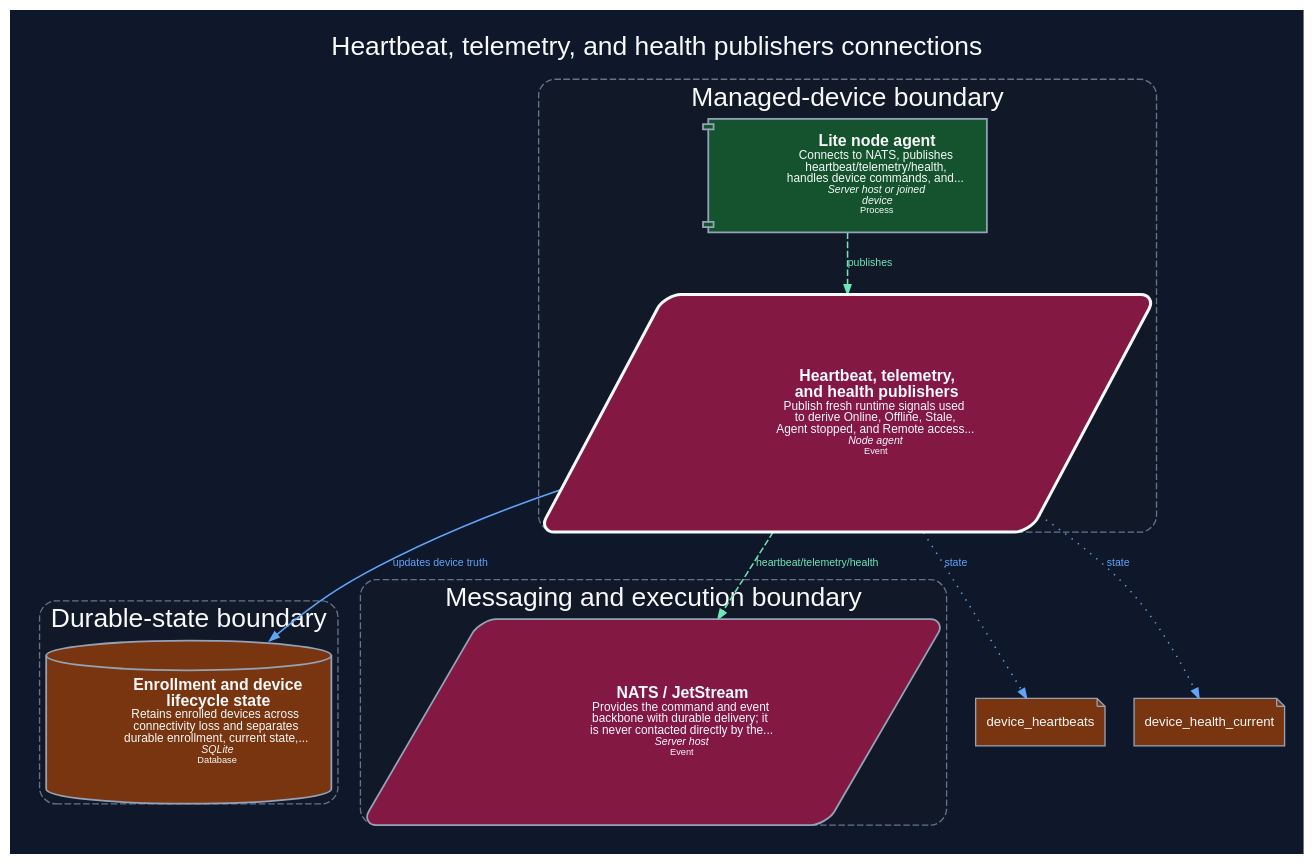
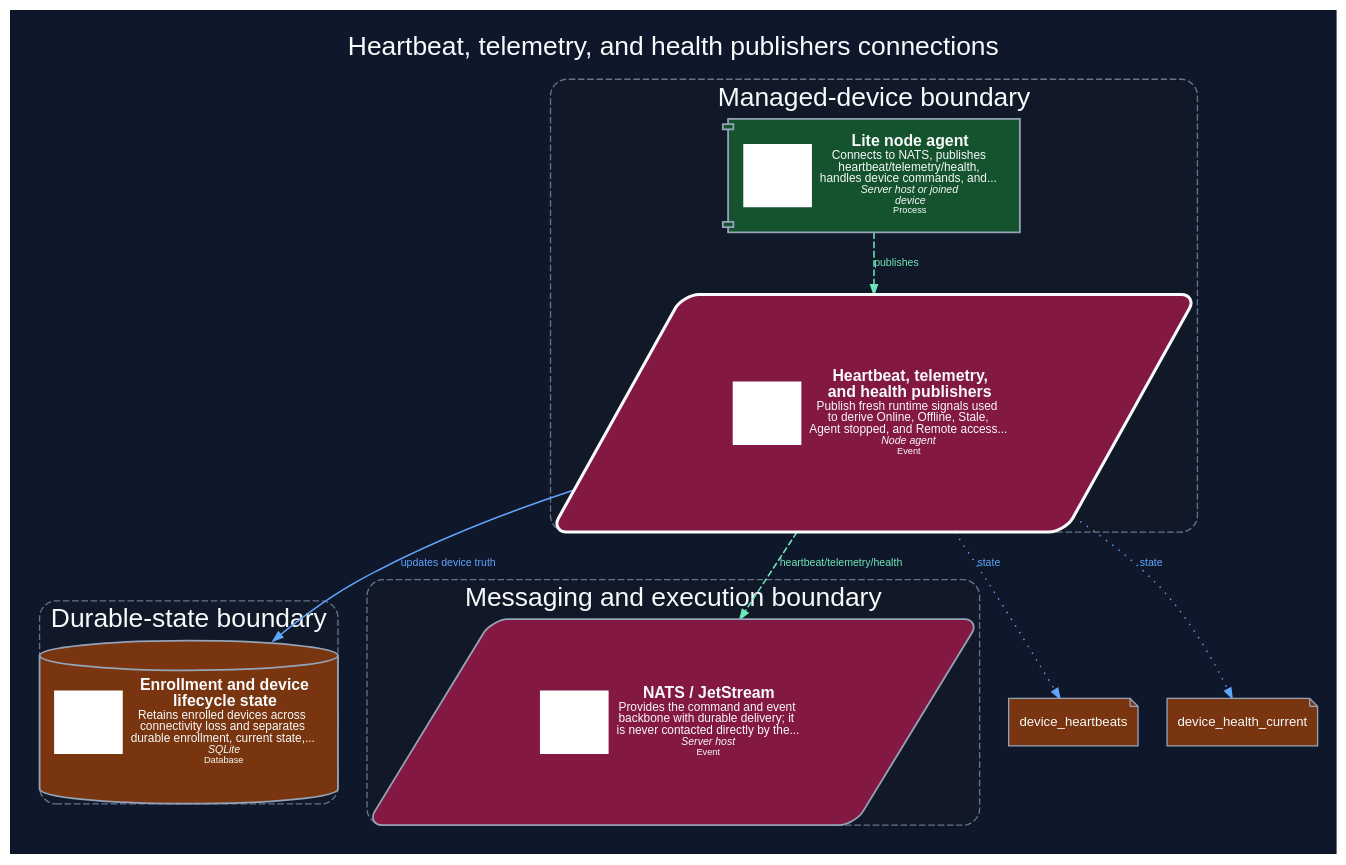
Before and after one commit to dexter-lab-ctrl/pocket-lab-lite: the diagram in docs/assets/diagrams/production/components/agent-signals.dark.dot, drawn with Graphviz. The commit also changed 550 other files, not shown here.

Commit message:
docs: add brand icons and executive architecture poster

```diff
--- a/docs/assets/diagrams/production/components/agent-signals.dark.dot
+++ b/docs/assets/diagrams/production/components/agent-signals.dark.dot
@@ -1,70 +1,70 @@
 digraph component_agent_signals {
   graph [
     rankdir="TB",
     splines="spline",
     compound="true",
     newrank="true",
     nodesep="0.30",
     ranksep="0.52",
     ratio="compress",
     pad="0.20",
     margin="0",
     outputorder="edgesfirst",
     bgcolor="#0f172a",
     fontcolor="#f8fafc",
     fontname="Arial",
     label="Heartbeat, telemetry, and health publishers connections",
     labelloc="t",
     fontsize="20"
   ];
   node [
     fontname="Arial",
     fontsize="10",
     color="#94a3b8",
     fontcolor="#f8fafc",
     margin="0.12,0.08"
   ];
   edge [
     fontname="Arial",
     fontsize="8",
     color="#94a3b8",
     fontcolor="#cbd5e1",
     arrowsize="0.72",
     penwidth="1.15"
   ];
   subgraph "cluster_durable-state" {
     label="Durable-state boundary";
     style="rounded,dashed,filled";
     color="#64748b";
     fillcolor="#111827";
     fontcolor="#f8fafc";
     penwidth="1.0";
-    "device-state" [label=<<TABLE BORDER="0" CELLBORDER="0" CELLPADDING="4"><TR><TD FIXEDSIZE="TRUE" WIDTH="42" HEIGHT="42"> </TD><TD ALIGN="LEFT"><FONT POINT-SIZE="12"><B>Enrollment and device<BR/>lifecycle state</B></FONT><BR/><FONT POINT-SIZE="9">Retains enrolled devices across<BR/>connectivity loss and separates<BR/>durable enrollment, current state,...</FONT><BR/><FONT POINT-SIZE="8"><I>SQLite</I></FONT><BR/><FONT POINT-SIZE="7.5">Database</FONT></TD></TR></TABLE>>, shape="cylinder", style="rounded,filled", fillcolor="#78350f", color="#94a3b8", fontcolor="#f8fafc", penwidth="1.35", tooltip="Enrollment and device lifecycle state. Retains enrolled devices across connectivity loss and separates durable enrollment, current state, health, supervisor state, and recovery history.", URL="../../../../generated/production/architecture/components/device-state/", target="_top"];
+    "device-state" [label=<<TABLE BORDER="0" CELLBORDER="0" CELLPADDING="4"><TR><TD FIXEDSIZE="TRUE" WIDTH="52" HEIGHT="48" BGCOLOR="#FFFFFF"> </TD><TD ALIGN="LEFT"><FONT POINT-SIZE="12"><B>Enrollment and device<BR/>lifecycle state</B></FONT><BR/><FONT POINT-SIZE="9">Retains enrolled devices across<BR/>connectivity loss and separates<BR/>durable enrollment, current state,...</FONT><BR/><FONT POINT-SIZE="8"><I>SQLite</I></FONT><BR/><FONT POINT-SIZE="7.5">Database</FONT></TD></TR></TABLE>>, shape="cylinder", style="rounded,filled", fillcolor="#78350f", color="#94a3b8", fontcolor="#f8fafc", penwidth="1.35", tooltip="Enrollment and device lifecycle state. Retains enrolled devices across connectivity loss and separates durable enrollment, current state, health, supervisor state, and recovery history.", URL="../../../../generated/production/architecture/components/device-state/", target="_top"];
   }
   subgraph "cluster_managed-device" {
     label="Managed-device boundary";
     style="rounded,dashed,filled";
     color="#64748b";
     fillcolor="#111827";
     fontcolor="#f8fafc";
     penwidth="1.0";
-    "agent-signals" [label=<<TABLE BORDER="0" CELLBORDER="0" CELLPADDING="4"><TR><TD FIXEDSIZE="TRUE" WIDTH="42" HEIGHT="42"> </TD><TD ALIGN="LEFT"><FONT POINT-SIZE="12"><B>Heartbeat, telemetry,<BR/>and health publishers</B></FONT><BR/><FONT POINT-SIZE="9">Publish fresh runtime signals used<BR/>to derive Online, Offline, Stale,<BR/>Agent stopped, and Remote access...</FONT><BR/><FONT POINT-SIZE="8"><I>Node agent</I></FONT><BR/><FONT POINT-SIZE="7.5">Event</FONT></TD></TR></TABLE>>, shape="parallelogram", style="rounded,filled,bold", fillcolor="#831843", color="#f8fafc", fontcolor="#f8fafc", penwidth="2.3", tooltip="Heartbeat, telemetry, and health publishers. Publish fresh runtime signals used to derive Online, Offline, Stale, Agent stopped, and Remote access not ready states.", URL="../../../../generated/production/architecture/components/agent-signals/", target="_top"];
-    "node-agent" [label=<<TABLE BORDER="0" CELLBORDER="0" CELLPADDING="4"><TR><TD FIXEDSIZE="TRUE" WIDTH="42" HEIGHT="42"> </TD><TD ALIGN="LEFT"><FONT POINT-SIZE="12"><B>Lite node agent</B></FONT><BR/><FONT POINT-SIZE="9">Connects to NATS, publishes<BR/>heartbeat/telemetry/health,<BR/>handles device commands, and...</FONT><BR/><FONT POINT-SIZE="8"><I>Server host or joined<BR/>device</I></FONT><BR/><FONT POINT-SIZE="7.5">Process</FONT></TD></TR></TABLE>>, shape="component", style="rounded,filled", fillcolor="#14532d", color="#94a3b8", fontcolor="#f8fafc", penwidth="1.35", tooltip="Lite node agent. Connects to NATS, publishes heartbeat/telemetry/health, handles device commands, and reconnects after outages.", URL="../../../../generated/production/architecture/components/node-agent/", target="_top"];
+    "agent-signals" [label=<<TABLE BORDER="0" CELLBORDER="0" CELLPADDING="4"><TR><TD FIXEDSIZE="TRUE" WIDTH="52" HEIGHT="48" BGCOLOR="#FFFFFF"> </TD><TD ALIGN="LEFT"><FONT POINT-SIZE="12"><B>Heartbeat, telemetry,<BR/>and health publishers</B></FONT><BR/><FONT POINT-SIZE="9">Publish fresh runtime signals used<BR/>to derive Online, Offline, Stale,<BR/>Agent stopped, and Remote access...</FONT><BR/><FONT POINT-SIZE="8"><I>Node agent</I></FONT><BR/><FONT POINT-SIZE="7.5">Event</FONT></TD></TR></TABLE>>, shape="parallelogram", style="rounded,filled,bold", fillcolor="#831843", color="#f8fafc", fontcolor="#f8fafc", penwidth="2.3", tooltip="Heartbeat, telemetry, and health publishers. Publish fresh runtime signals used to derive Online, Offline, Stale, Agent stopped, and Remote access not ready states.", URL="../../../../generated/production/architecture/components/agent-signals/", target="_top"];
+    "node-agent" [label=<<TABLE BORDER="0" CELLBORDER="0" CELLPADDING="4"><TR><TD FIXEDSIZE="TRUE" WIDTH="52" HEIGHT="48" BGCOLOR="#FFFFFF"> </TD><TD ALIGN="LEFT"><FONT POINT-SIZE="12"><B>Lite node agent</B></FONT><BR/><FONT POINT-SIZE="9">Connects to NATS, publishes<BR/>heartbeat/telemetry/health,<BR/>handles device commands, and...</FONT><BR/><FONT POINT-SIZE="8"><I>Server host or joined<BR/>device</I></FONT><BR/><FONT POINT-SIZE="7.5">Process</FONT></TD></TR></TABLE>>, shape="component", style="rounded,filled", fillcolor="#14532d", color="#94a3b8", fontcolor="#f8fafc", penwidth="1.35", tooltip="Lite node agent. Connects to NATS, publishes heartbeat/telemetry/health, handles device commands, and reconnects after outages.", URL="../../../../generated/production/architecture/components/node-agent/", target="_top"];
   }
   subgraph "cluster_messaging-execution" {
     label="Messaging and execution boundary";
     style="rounded,dashed,filled";
     color="#64748b";
     fillcolor="#111827";
     fontcolor="#f8fafc";
     penwidth="1.0";
-    "nats-jetstream" [label=<<TABLE BORDER="0" CELLBORDER="0" CELLPADDING="4"><TR><TD FIXEDSIZE="TRUE" WIDTH="42" HEIGHT="42"> </TD><TD ALIGN="LEFT"><FONT POINT-SIZE="12"><B>NATS / JetStream</B></FONT><BR/><FONT POINT-SIZE="9">Provides the command and event<BR/>backbone with durable delivery; it<BR/>is never contacted directly by the...</FONT><BR/><FONT POINT-SIZE="8"><I>Server host</I></FONT><BR/><FONT POINT-SIZE="7.5">Event</FONT></TD></TR></TABLE>>, shape="parallelogram", style="rounded,filled", fillcolor="#831843", color="#94a3b8", fontcolor="#f8fafc", penwidth="1.35", tooltip="NATS / JetStream. Provides the command and event backbone with durable delivery; it is never contacted directly by the frontend.", URL="../../../../generated/production/architecture/components/nats-jetstream/", target="_top"];
+    "nats-jetstream" [label=<<TABLE BORDER="0" CELLBORDER="0" CELLPADDING="4"><TR><TD FIXEDSIZE="TRUE" WIDTH="52" HEIGHT="48" BGCOLOR="#FFFFFF"> </TD><TD ALIGN="LEFT"><FONT POINT-SIZE="12"><B>NATS / JetStream</B></FONT><BR/><FONT POINT-SIZE="9">Provides the command and event<BR/>backbone with durable delivery; it<BR/>is never contacted directly by the...</FONT><BR/><FONT POINT-SIZE="8"><I>Server host</I></FONT><BR/><FONT POINT-SIZE="7.5">Event</FONT></TD></TR></TABLE>>, shape="parallelogram", style="rounded,filled", fillcolor="#831843", color="#94a3b8", fontcolor="#f8fafc", penwidth="1.35", tooltip="NATS / JetStream. Provides the command and event backbone with durable delivery; it is never contacted directly by the frontend.", URL="../../../../generated/production/architecture/components/nats-jetstream/", target="_top"];
   }
-  "node-agent" -> "agent-signals" [label="publishes", tooltip="publishes (NATS)", style="dashed", arrowhead="normal", color="#6ee7b7", fontcolor="#6ee7b7"];
-  "agent-signals" -> "nats-jetstream" [label="heartbeat/telemetry/health", tooltip="heartbeat/telemetry/health (NATS)", style="dashed", arrowhead="normal", color="#6ee7b7", fontcolor="#6ee7b7"];
-  "agent-signals" -> "device-state" [label="updates device truth", tooltip="updates device truth (SQLite)", style="solid", arrowhead="normal", color="#60a5fa", fontcolor="#60a5fa"];
+  "node-agent" -> "agent-signals" [label="publishes", tooltip="publishes (NATS)", style="dashed", arrowhead="normal", color="#6ee7b7", fontcolor="#6ee7b7", penwidth="1.15", arrowsize="0.72"];
+  "agent-signals" -> "nats-jetstream" [label="heartbeat/telemetry/health", tooltip="heartbeat/telemetry/health (NATS)", style="dashed", arrowhead="normal", color="#6ee7b7", fontcolor="#6ee7b7", penwidth="1.15", arrowsize="0.72"];
+  "agent-signals" -> "device-state" [label="updates device truth", tooltip="updates device truth (SQLite)", style="solid", arrowhead="normal", color="#60a5fa", fontcolor="#60a5fa", penwidth="1.15", arrowsize="0.72"];
   "state_dependency_0" [label="device_heartbeats", shape="note", style="filled", fillcolor="#78350f", color="#94a3b8", fontcolor="#f8fafc", tooltip="Durable-state dependency"];
   "agent-signals" -> "state_dependency_0" [label="state", style="dotted", color="#60a5fa", fontcolor="#60a5fa"];
   "state_dependency_1" [label="device_health_current", shape="note", style="filled", fillcolor="#78350f", color="#94a3b8", fontcolor="#f8fafc", tooltip="Durable-state dependency"];
   "agent-signals" -> "state_dependency_1" [label="state", style="dotted", color="#60a5fa", fontcolor="#60a5fa"];
 }
```
